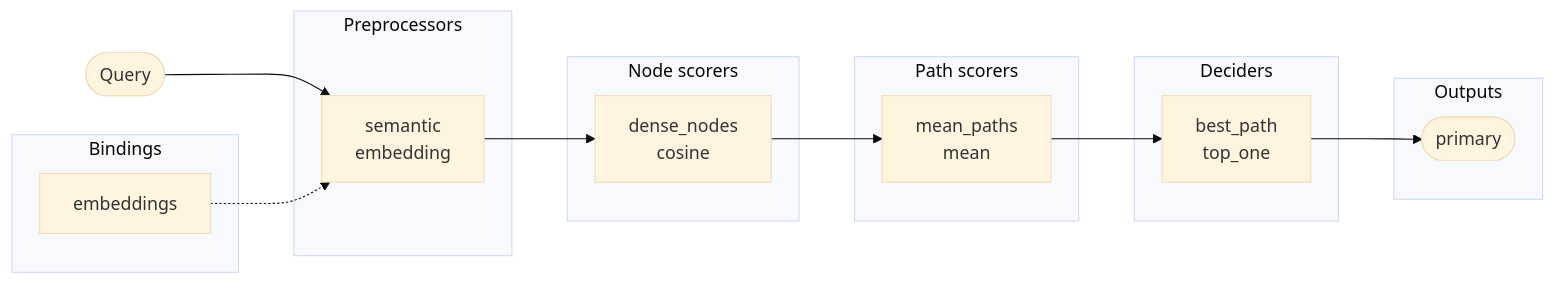
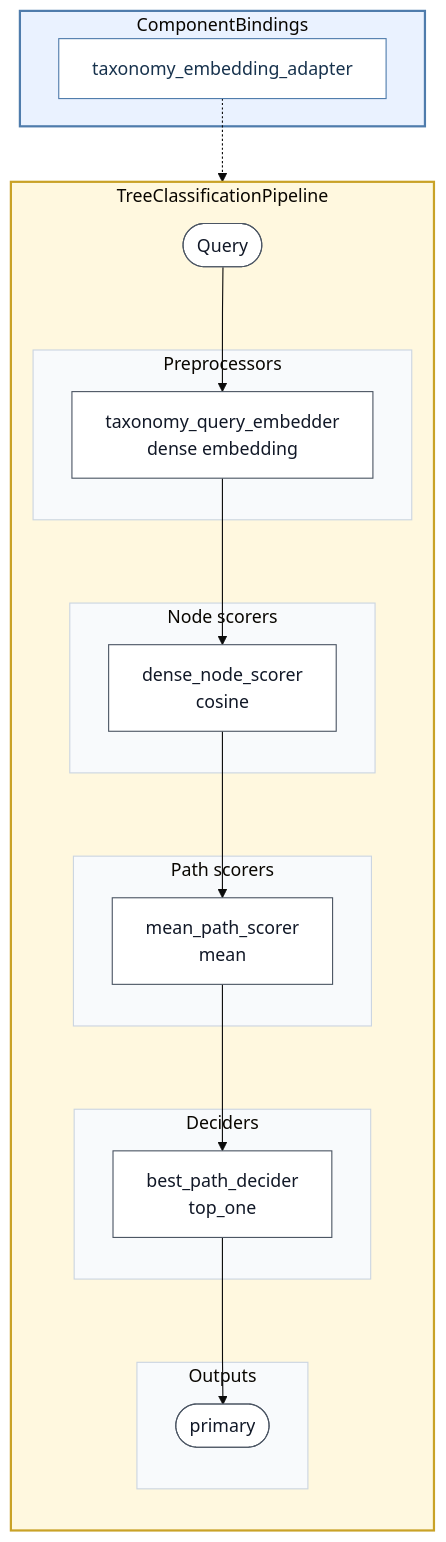
Before and after one commit to cristiangofiar/Chunkbuster: the second of 2 diagrams in README.md, drawn with Mermaid (base theme). The commit also changed other lines of this file and 12 other files, not shown here.

First line of the commit message:
Add SVG diagram for vector ensemble with LLM and script to render documentation diagrams from YAML examples

````diff
--- a/README.md
+++ b/README.md
@@ -166,31 +213,42 @@
 ```mermaid
-flowchart LR
-    query([Query])
-
-    subgraph preprocessors[Preprocessors]
-        semantic["semantic<br/>embedding"]
+flowchart TB
+    subgraph pipeline["TreeClassificationPipeline"]
+        direction TB
+        query([Query])
+        subgraph preprocessors[Preprocessors]
+            taxonomy_query_embedder["taxonomy_query_embedder<br/>dense embedding"]
+        end
+        subgraph node_scorers[Node scorers]
+            dense_node_scorer["dense_node_scorer<br/>cosine"]
+        end
+        subgraph path_scorers[Path scorers]
+            mean_path_scorer["mean_path_scorer<br/>mean"]
+        end
+        subgraph deciders[Deciders]
+            best_path_decider["best_path_decider<br/>top_one"]
+        end
+        subgraph outputs[Outputs]
+            primary([primary])
+        end
+        query --> taxonomy_query_embedder --> dense_node_scorer
+        dense_node_scorer --> mean_path_scorer --> best_path_decider --> primary
     end
 
-    subgraph node_scorers[Node scorers]
-        dense_nodes["dense_nodes<br/>cosine"]
+    subgraph bindings["ComponentBindings"]
+        taxonomy_embedding_adapter[taxonomy_embedding_adapter]
     end
 
-    subgraph path_scorers[Path scorers]
-        mean_paths["mean_paths<br/>mean"]
-    end
+    taxonomy_embedding_adapter -.-> taxonomy_query_embedder
 
-    subgraph deciders[Deciders]
-        best_path["best_path<br/>top_one"]
-    end
-
-    subgraph outputs[Outputs]
-        primary([primary])
-    end
-
-    subgraph bindings[Bindings]
-        embeddings[embeddings]
-    end
-
-    query --> semantic --> dense_nodes --> mean_paths --> best_path --> primary
-    embeddings -.-> semantic
+    classDef node fill:#ffffff,stroke:#4b5563,color:#111827
+    classDef adapter fill:#ffffff,stroke:#4f7cac,color:#17324d
+    class query,taxonomy_query_embedder,dense_node_scorer,mean_path_scorer,best_path_decider,primary node
+    class taxonomy_embedding_adapter adapter
+    style pipeline fill:#fff8df,stroke:#c9a227,stroke-width:2px
+    style bindings fill:#eaf2ff,stroke:#4f7cac,stroke-width:2px
+    style preprocessors fill:#f8fafc,stroke:#cbd5e1
+    style node_scorers fill:#f8fafc,stroke:#cbd5e1
+    style path_scorers fill:#f8fafc,stroke:#cbd5e1
+    style deciders fill:#f8fafc,stroke:#cbd5e1
+    style outputs fill:#f8fafc,stroke:#cbd5e1
 ```
````
